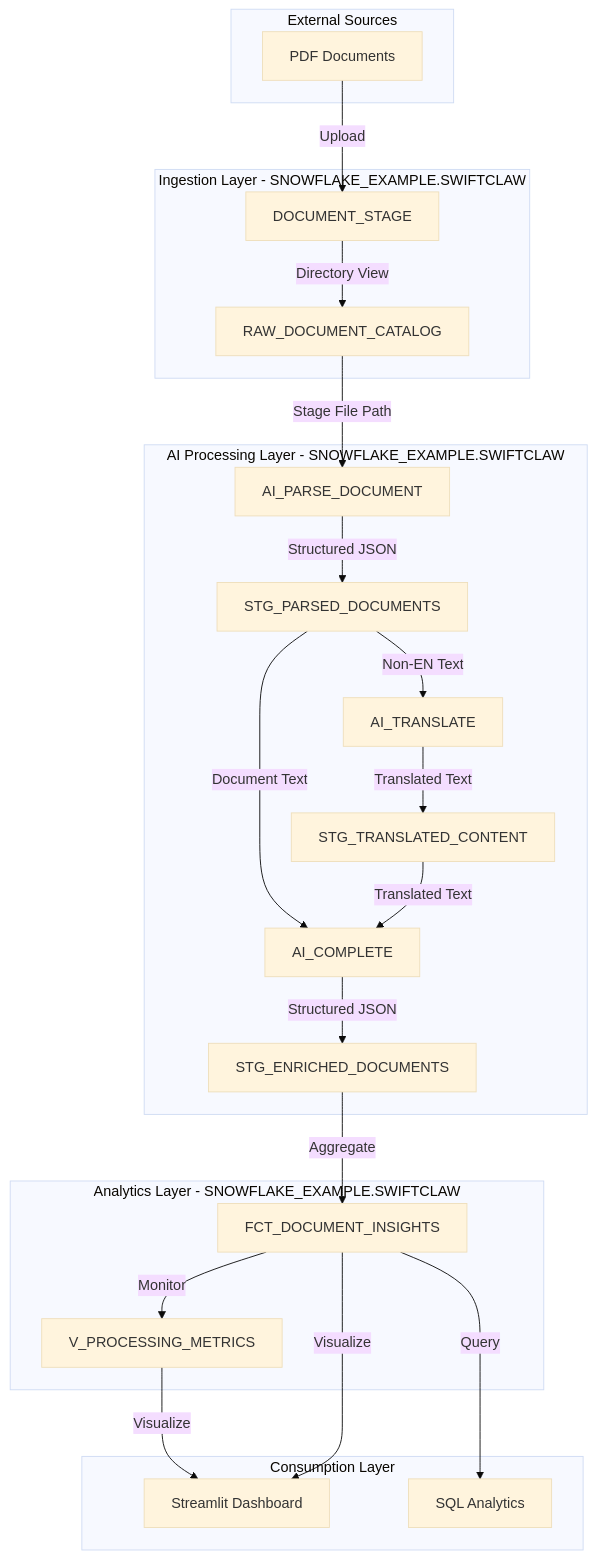
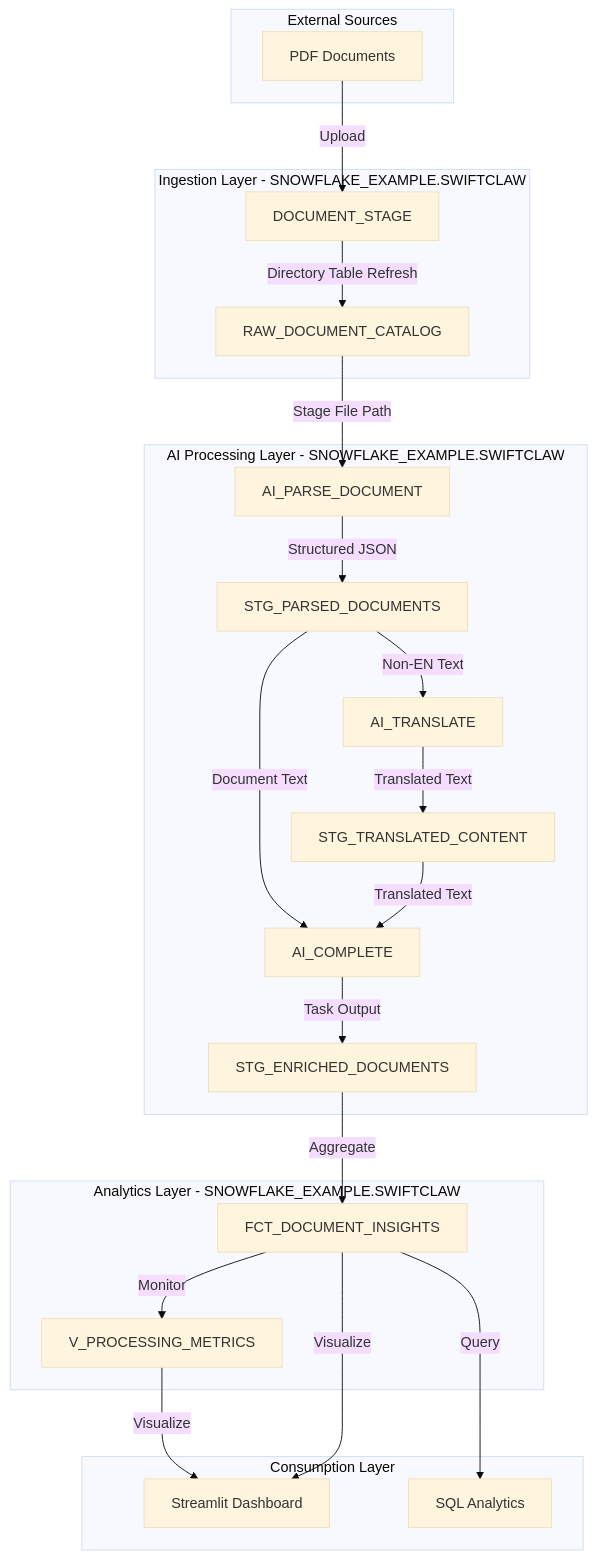
The diagram in diagrams/data-flow.md (sfc-gh-miwhitaker/swiftclaw), drawn with Mermaid (base theme) before and after one commit. The commit also changed other lines of this file and 6 other files, not shown here.

First line of the commit message:
refactor: update RAW_DOCUMENT_CATALOG to table and enhance processing tasks

````diff
--- a/diagrams/data-flow.md
+++ b/diagrams/data-flow.md
@@ -17,50 +17,50 @@
 ```mermaid
 flowchart TD
     subgraph externalSources [External Sources]
         PDF[PDF Documents]
     end
 
     subgraph ingestion [Ingestion Layer - SNOWFLAKE_EXAMPLE.SWIFTCLAW]
         Stage[DOCUMENT_STAGE]
         Catalog[RAW_DOCUMENT_CATALOG]
     end
 
     subgraph processing [AI Processing Layer - SNOWFLAKE_EXAMPLE.SWIFTCLAW]
         Parse[AI_PARSE_DOCUMENT]
         Parsed[STG_PARSED_DOCUMENTS]
         Translate[AI_TRANSLATE]
         Translated[STG_TRANSLATED_CONTENT]
         Enrich[AI_COMPLETE]
         Enriched[STG_ENRICHED_DOCUMENTS]
     end
 
     subgraph analytics [Analytics Layer - SNOWFLAKE_EXAMPLE.SWIFTCLAW]
         Insights[FCT_DOCUMENT_INSIGHTS]
         Metrics[V_PROCESSING_METRICS]
     end
 
     subgraph consumption [Consumption Layer]
         Streamlit[Streamlit Dashboard]
         SQL[SQL Analytics]
     end
 
     PDF -->|Upload| Stage
-    Stage -->|Directory View| Catalog
+    Stage -->|Directory Table Refresh| Catalog
 
     Catalog -->|Stage File Path| Parse
     Parse -->|Structured JSON| Parsed
 
     Parsed -->|Non-EN Text| Translate
     Translate -->|Translated Text| Translated
 
     Parsed -->|Document Text| Enrich
     Translated -->|Translated Text| Enrich
-    Enrich -->|Structured JSON| Enriched
+    Enrich -->|Task Output| Enriched
 
     Enriched -->|Aggregate| Insights
     Insights -->|Monitor| Metrics
 
     Metrics -->|Visualize| Streamlit
     Insights -->|Visualize| Streamlit
     Insights -->|Query| SQL
 ```
````
